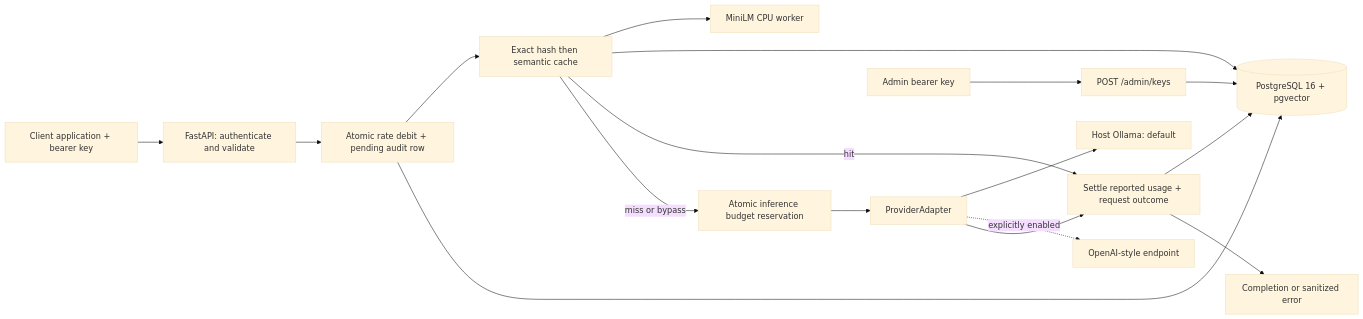
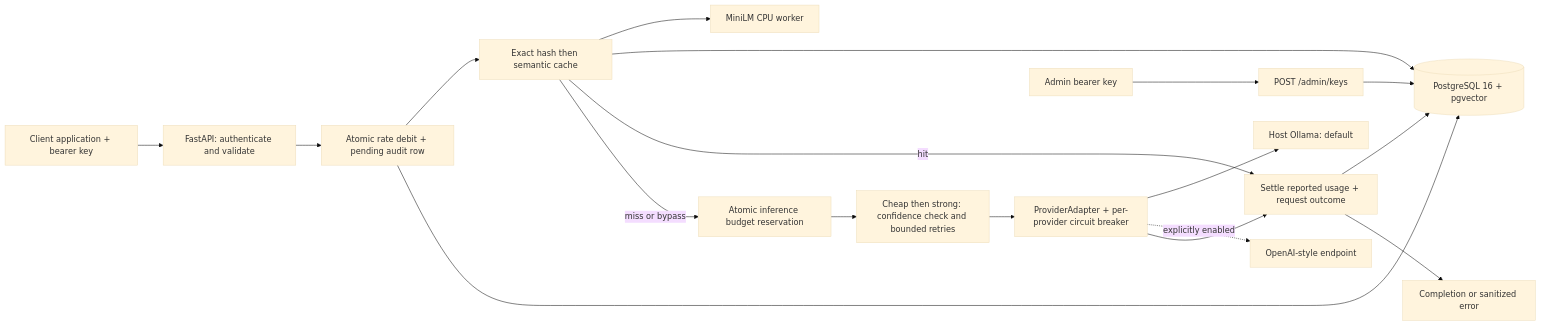
Before and after one commit to shashankd06/LLM-Gateway: the diagram in README.md, drawn with Mermaid (base theme). The commit also changed other lines of this file and 29 other files, not shown here.

Commit message:
feat: add tier routing, fallback, retries, and circuit breakers

````diff
--- a/README.md
+++ b/README.md
@@ -15,19 +15,20 @@
 ```mermaid
 flowchart LR
     Client[Client application + bearer key] --> API[FastAPI: authenticate and validate]
     API --> Limits[Atomic rate debit + pending audit row]
     Limits --> Cache[Exact hash then semantic cache]
     Cache --> Embed[MiniLM CPU worker]
     Cache --> DB[(PostgreSQL 16 + pgvector)]
     Cache -- hit --> Logs[Settle reported usage + request outcome]
     Cache -- miss or bypass --> Budget[Atomic inference budget reservation]
-    Budget --> Adapter[ProviderAdapter]
+    Budget --> Router[Cheap then strong: confidence check and bounded retries]
+    Router --> Adapter[ProviderAdapter + per-provider circuit breaker]
     Adapter --> Ollama[Host Ollama: default]
     Adapter -. explicitly enabled .-> Compatible[OpenAI-style endpoint]
     Limits --> DB[(PostgreSQL 16 + pgvector)]
     Adapter --> Logs
     Logs --> DB[(PostgreSQL 16 + pgvector)]
     Admin[Admin bearer key] --> Keys[POST /admin/keys]
     Keys --> DB
     Logs --> Reply[Completion or sanitized error]
 ```
````
